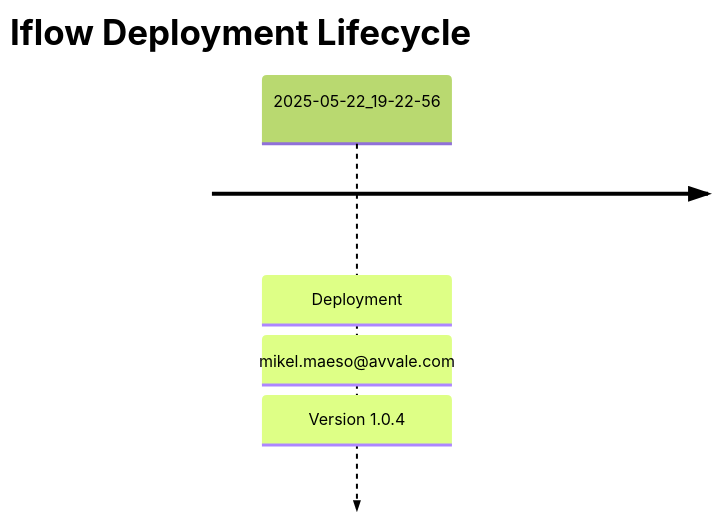
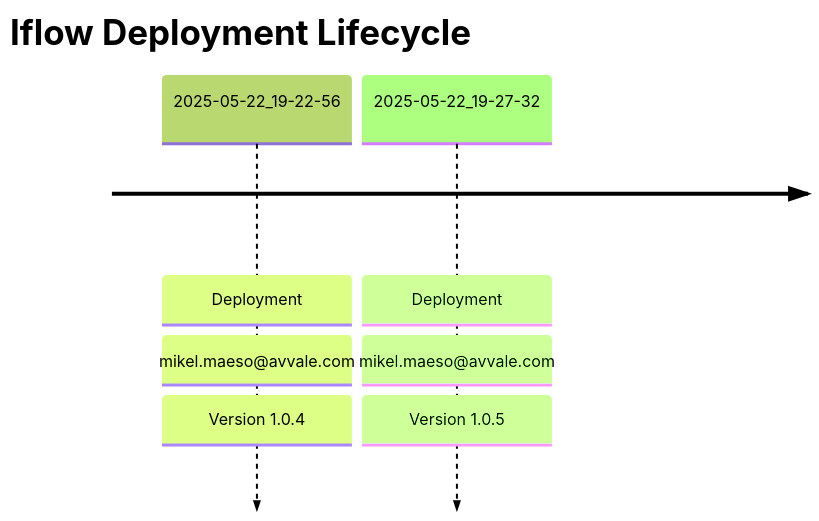
The diagram in MMZ - Cell Iflows/Check_Connectivity_to_SAP_Business_Suite_MMZ/README.md (Avvale-IA-CICD/AvvaleCPI), drawn with Mermaid before and after one commit. The commit also changed other lines of this file, not shown here.

Commit message:
docs: Update master README for MMZ - Cell Iflows/Check_Connectivity_to_SAP_Business_Suite_MMZ (v 1.0.5)

````diff
--- a/MMZ - Cell Iflows/Check_Connectivity_to_SAP_Business_Suite_MMZ/README.md
+++ b/MMZ - Cell Iflows/Check_Connectivity_to_SAP_Business_Suite_MMZ/README.md
@@ -7,6 +7,7 @@
 ```mermaid
 %%{init: { 'logLevel': 'debug', 'theme': 'forest' } }%%
 timeline
     title Iflow Deployment Lifecycle
     2025-05-22_19-22-56 : Deployment : mikel.maeso@avvale.com : Version 1.0.4
+    2025-05-22_19-27-32 : Deployment : mikel.maeso@avvale.com : Version 1.0.5
 ```
````
